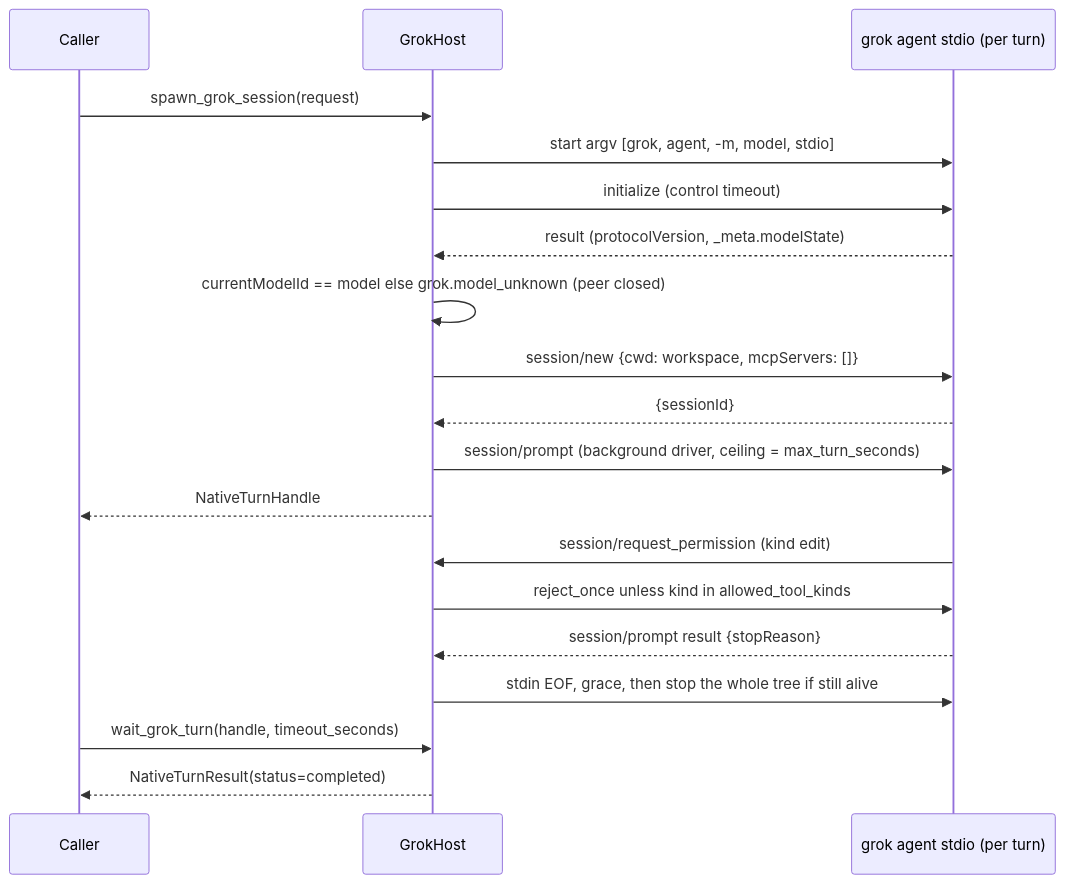
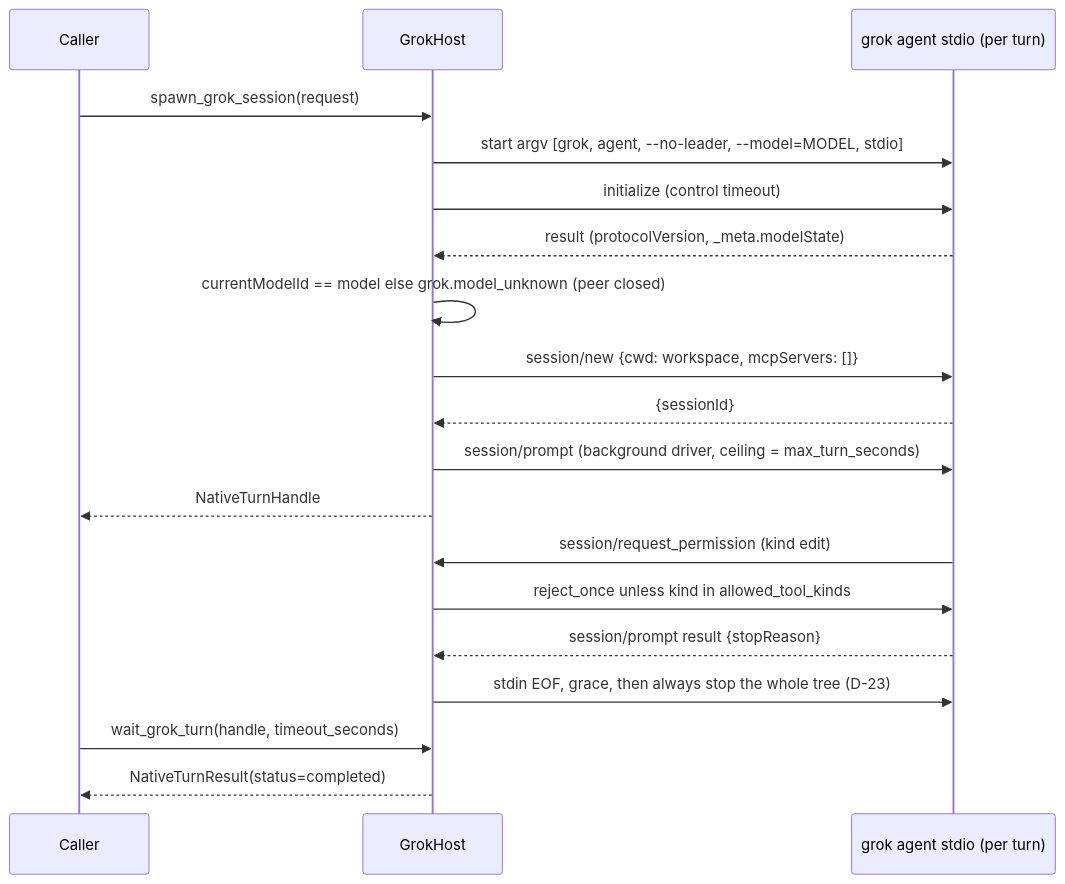
One commit to cerredz/Vidbyte-SDK changed the second of 2 diagrams in docs/spec/native-grok-opencode-meta-hosts/spec.md. Above: the diagram before and after it, drawn with Mermaid. The commit also changed other lines of this file, not shown here.

First line of the commit message:
docs(spec): revise native-grok-opencode-meta-hosts spec r3 (apply S1 review round 2)

````diff
--- a/docs/spec/native-grok-opencode-meta-hosts/spec.md
+++ b/docs/spec/native-grok-opencode-meta-hosts/spec.md
@@ -162,21 +162,21 @@
 ```mermaid
 sequenceDiagram
   participant C as Caller
   participant H as GrokHost
   participant P as grok agent stdio (per turn)
   C->>H: spawn_grok_session(request)
-  H->>P: start argv [grok, agent, -m, model, stdio]
+  H->>P: start argv [grok, agent, --no-leader, --model=MODEL, stdio]
   H->>P: initialize (control timeout)
   P-->>H: result (protocolVersion, _meta.modelState)
   H->>H: currentModelId == model else grok.model_unknown (peer closed)
   H->>P: session/new {cwd: workspace, mcpServers: []}
   P-->>H: {sessionId}
   H->>P: session/prompt (background driver, ceiling = max_turn_seconds)
   H-->>C: NativeTurnHandle
   P->>H: session/request_permission (kind edit)
   H->>P: reject_once unless kind in allowed_tool_kinds
   P-->>H: session/prompt result {stopReason}
-  H->>P: stdin EOF, grace, then stop the whole tree if still alive
+  H->>P: stdin EOF, grace, then always stop the whole tree (D-23)
   C->>H: wait_grok_turn(handle, timeout_seconds)
   H-->>C: NativeTurnResult(status=completed)
 ```
````
